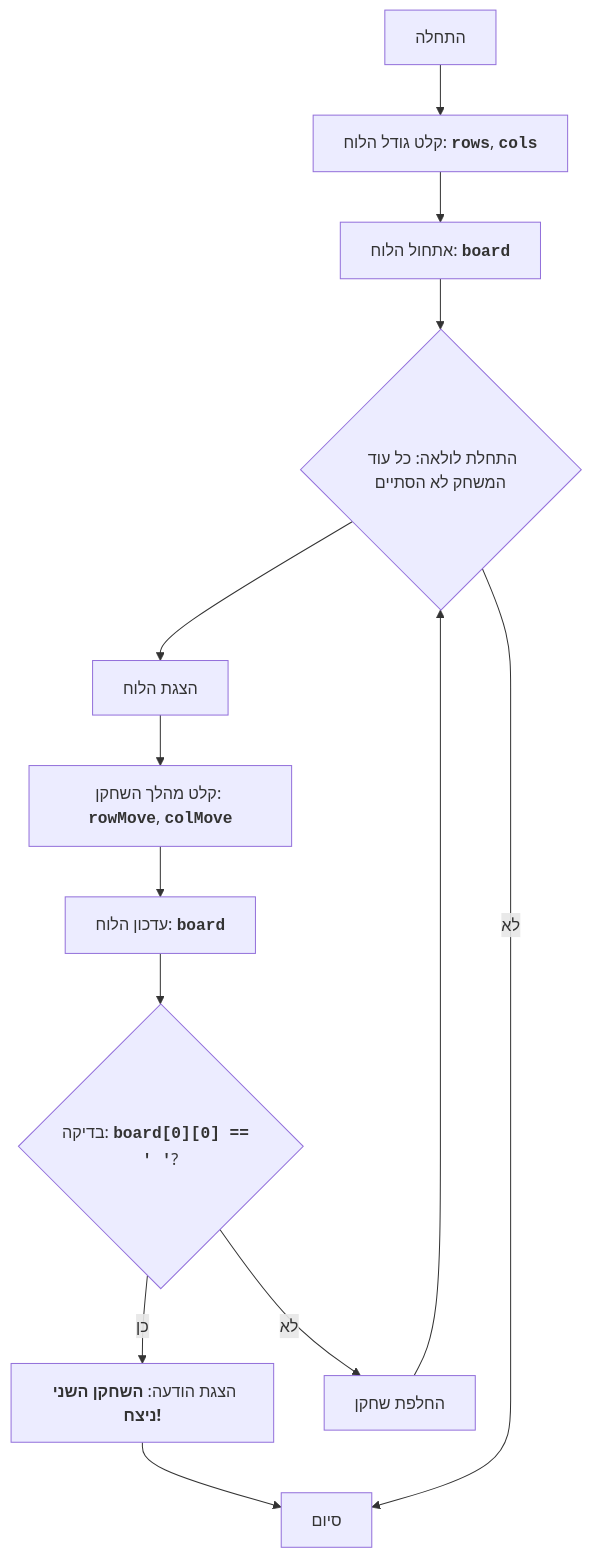
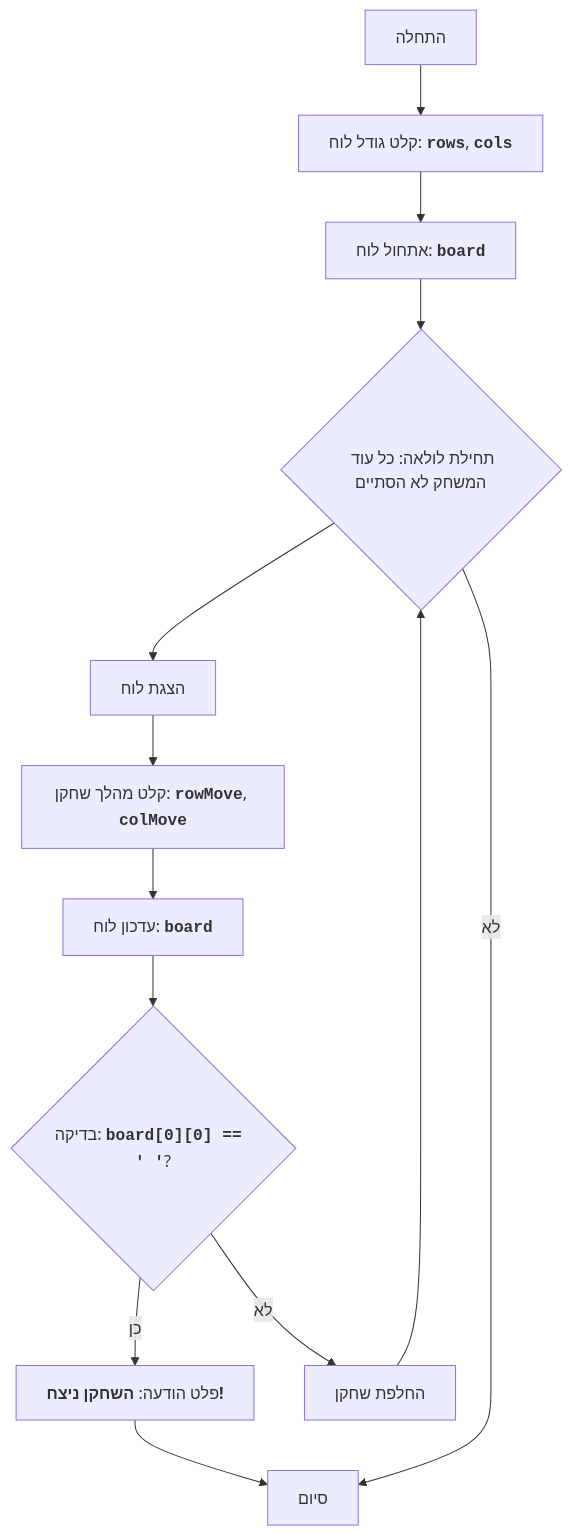
Before and after one commit to hypo69/1001-python-he: the diagram in code/UNSORTED/CHOMP/README.MD, drawn with Mermaid. The commit also changed other lines of this file and 869 other files, not shown here.

````diff
--- a/code/UNSORTED/CHOMP/README.MD
+++ b/code/UNSORTED/CHOMP/README.MD
@@ -29,15 +31,15 @@
 ```mermaid
 flowchart TD
-    Start["התחלה"] --> InputBoardSize["קלט גודל הלוח: <code><b>rows</b></code>, <code><b>cols</b></code>"]
-    InputBoardSize --> InitializeBoard["אתחול הלוח: <code><b>board</b></code>"]
-    InitializeBoard --> LoopStart{"התחלת לולאה: כל עוד המשחק לא הסתיים"}
-    LoopStart --> DisplayBoard["הצגת הלוח"]
-    DisplayBoard --> InputMove["קלט מהלך השחקן: <code><b>rowMove</b></code>, <code><b>colMove</b></code>"]
-    InputMove --> UpdateBoard["עדכון הלוח: <code><b>board</b></code>"]
+    Start["התחלה"] --> InputBoardSize["קלט גודל לוח: <code><b>rows</b></code>, <code><b>cols</b></code>"]
+    InputBoardSize --> InitializeBoard["אתחול לוח: <code><b>board</b></code>"]
+    InitializeBoard --> LoopStart{"תחילת לולאה: כל עוד המשחק לא הסתיים"}
+    LoopStart --> DisplayBoard["הצגת לוח"]
+    DisplayBoard --> InputMove["קלט מהלך שחקן: <code><b>rowMove</b></code>, <code><b>colMove</b></code>"]
+    InputMove --> UpdateBoard["עדכון לוח: <code><b>board</b></code>"]
     UpdateBoard --> CheckWin{"בדיקה: <code><b>board[0][0] == ' '</b></code>?"}
-    CheckWin -- כן --> OutputWinner["הצגת הודעה: <b>השחקן השני ניצח!</b>"]
+    CheckWin -- כן --> OutputWinner["פלט הודעה: <b>השחקן ניצח!</b>"]
     OutputWinner --> End["סיום"]
     CheckWin -- לא --> SwitchPlayer["החלפת שחקן"]
     SwitchPlayer --> LoopStart
     LoopStart -- לא --> End
 ```
````
